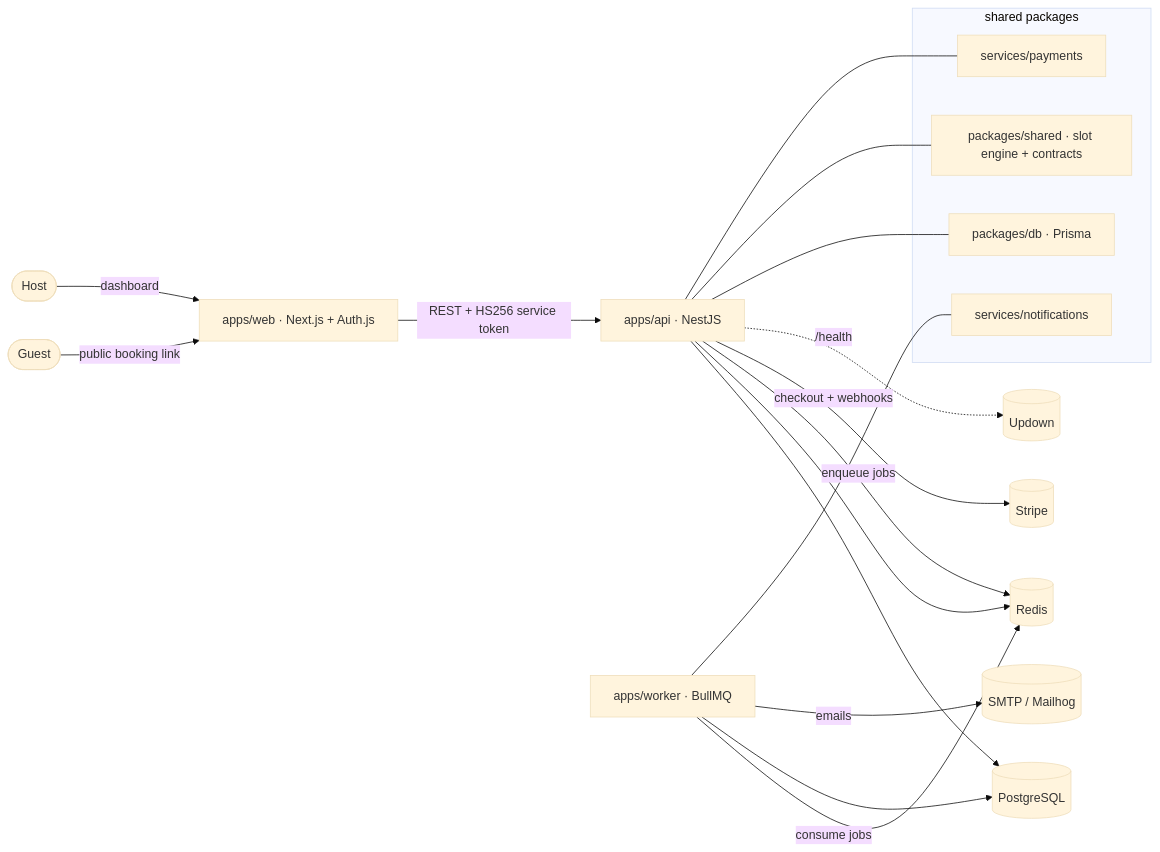
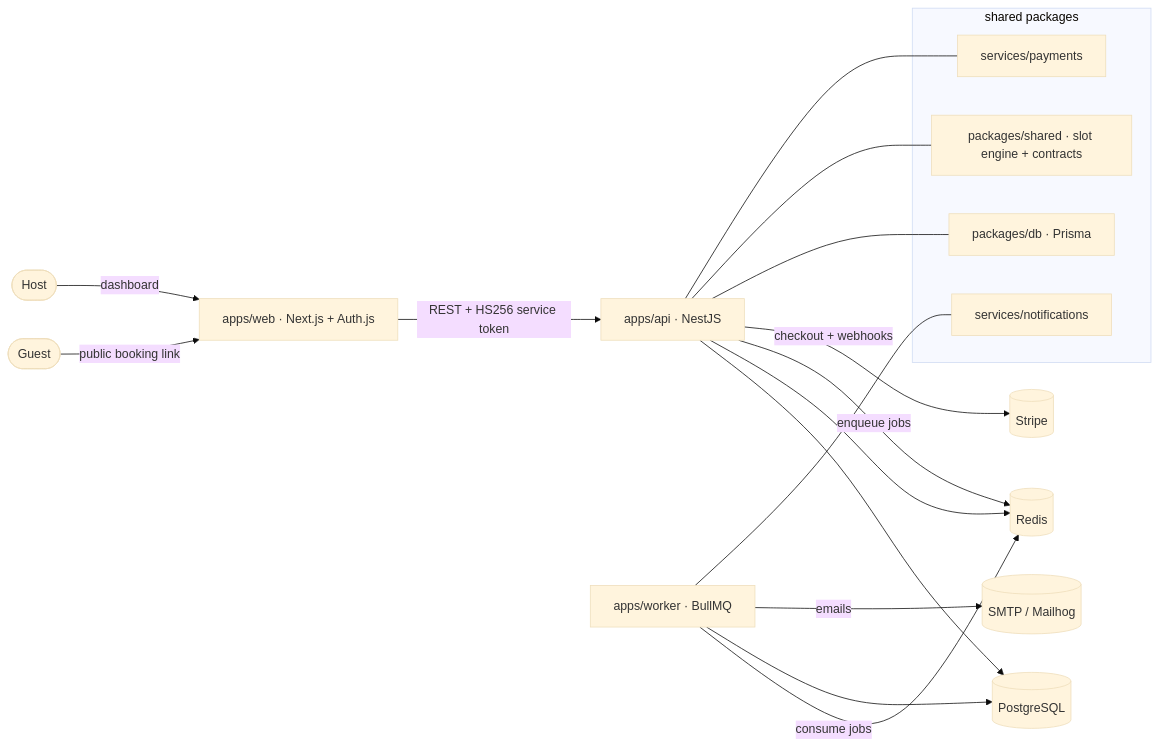
The diagram in README.md (bastian-red/booking-app), drawn with Mermaid (base theme) before and after one commit. The commit also changed other lines of this file and 25 other files, not shown here.

````diff
--- a/README.md
+++ b/README.md
@@ -29,25 +29,24 @@
 ```mermaid
 flowchart LR
   guest([Guest]) -->|public booking link| web
   host([Host]) -->|dashboard| web
   web[apps/web · Next.js + Auth.js] -->|REST + HS256 service token| api
   api[apps/api · NestJS] --> pg[(PostgreSQL)]
   api --> redis[(Redis)]
   api -->|enqueue jobs| redis
   worker[apps/worker · BullMQ] -->|consume jobs| redis
   worker --> pg
   worker -->|emails| smtp[(SMTP / Mailhog)]
   api -->|checkout + webhooks| stripe[(Stripe)]
-  api -.->|/health| updown[(Updown)]
 
   subgraph shared packages
     db[packages/db · Prisma]
     engine[packages/shared · slot engine + contracts]
     pay[services/payments]
     notif[services/notifications]
   end
   api --- db
   api --- engine
   api --- pay
   worker --- notif
 ```
````
